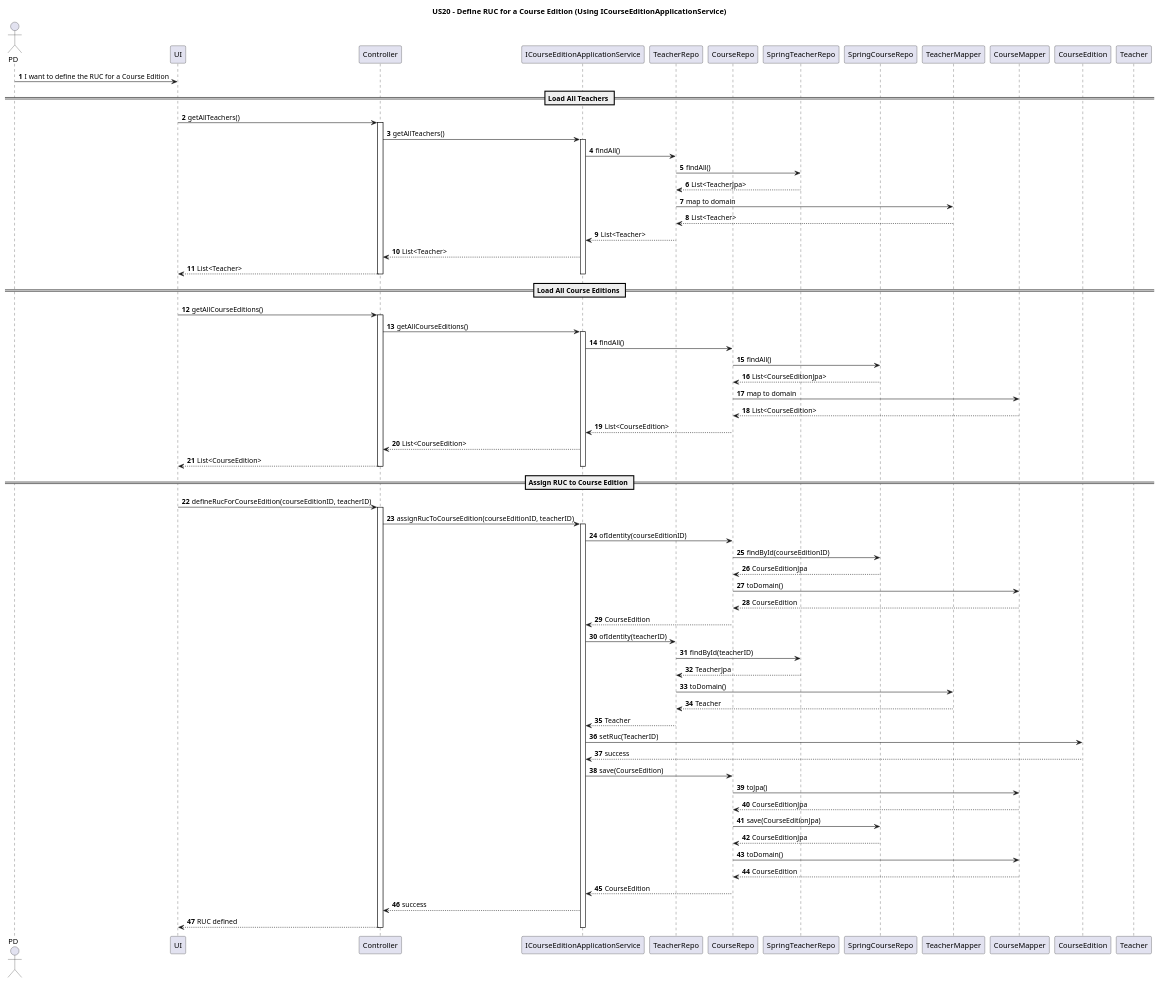
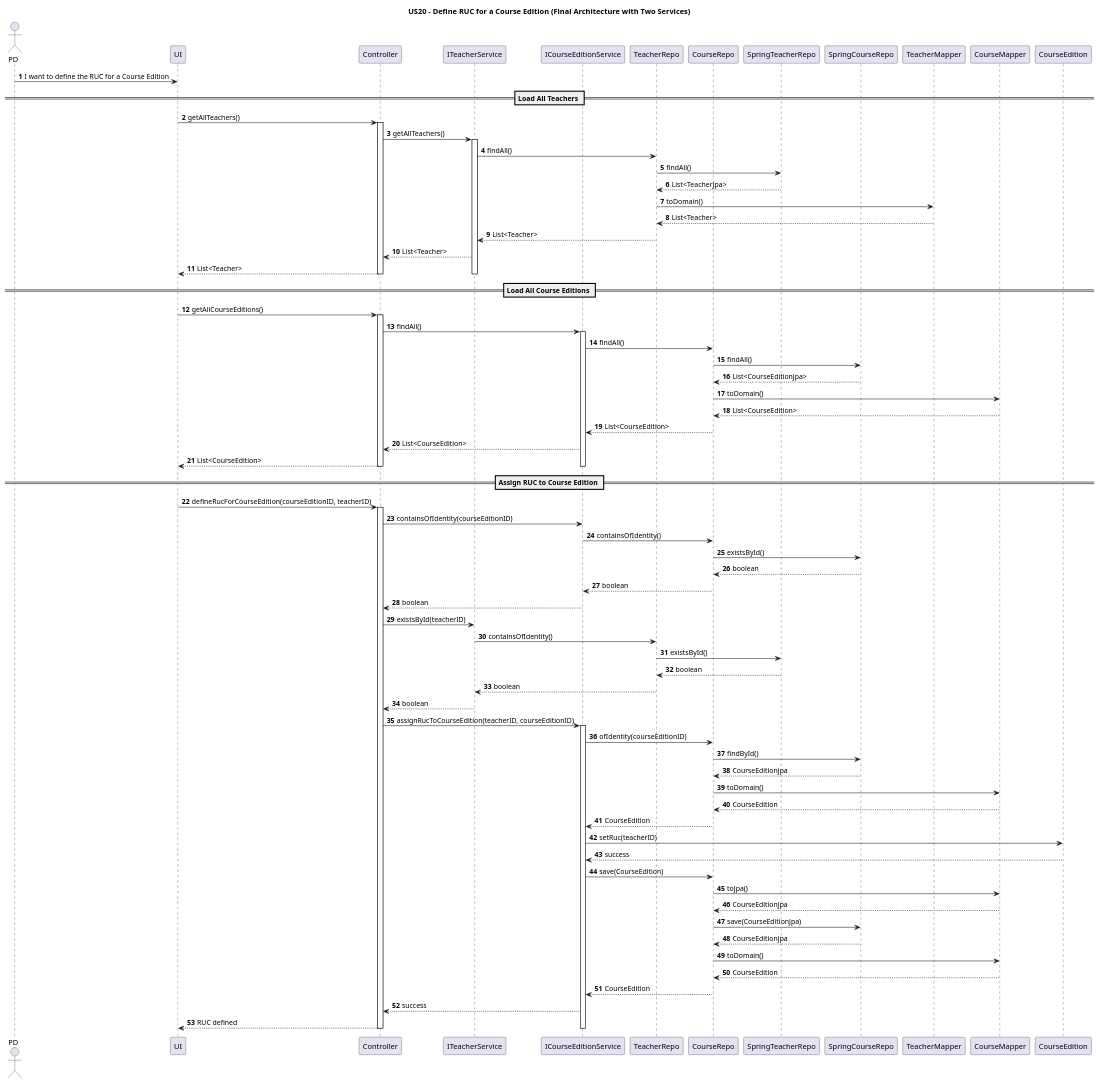
The diagram in docs/US20/US20_DefineRucForCourseEdition_SequenceDiagram_SpringDataJPA.puml (GasparISEP/DevOps-PAI), drawn with PlantUML before and after one commit. The commit also changed 1 other file, not shown here.

```diff
--- a/docs/US20/US20_DefineRucForCourseEdition_SequenceDiagram_SpringDataJPA.puml
+++ b/docs/US20/US20_DefineRucForCourseEdition_SequenceDiagram_SpringDataJPA.puml
@@ -1,90 +1,97 @@
 @startuml
 
 autonumber
 
-title US20 - Define RUC for a Course Edition (Using ICourseEditionApplicationService)
+title US20 - Define RUC for a Course Edition (Final Architecture with Two Services)
 
 actor PD
 participant UI
 participant Controller
-participant ICourseEditionApplicationService as Service
+participant ITeacherService as TeacherService
+participant ICourseEditionService as CourseService
 participant TeacherRepo
 participant CourseRepo
 participant SpringTeacherRepo
 participant SpringCourseRepo
 participant TeacherMapper
 participant CourseMapper
 participant CourseEdition
-participant Teacher
 
 PD -> UI : I want to define the RUC for a Course Edition
 
 == Load All Teachers ==
 UI -> Controller : getAllTeachers()
 activate Controller
-Controller -> Service : getAllTeachers()
-activate Service
-Service -> TeacherRepo : findAll()
+Controller -> TeacherService : getAllTeachers()
+activate TeacherService
+TeacherService -> TeacherRepo : findAll()
 TeacherRepo -> SpringTeacherRepo : findAll()
 SpringTeacherRepo --> TeacherRepo : List<TeacherJpa>
-TeacherRepo -> TeacherMapper : map to domain
+TeacherRepo -> TeacherMapper : toDomain()
 TeacherMapper --> TeacherRepo : List<Teacher>
-TeacherRepo --> Service : List<Teacher>
-Service --> Controller : List<Teacher>
+TeacherRepo --> TeacherService : List<Teacher>
+TeacherService --> Controller : List<Teacher>
 Controller --> UI : List<Teacher>
-deactivate Service
+deactivate TeacherService
 deactivate Controller
 
 == Load All Course Editions ==
 UI -> Controller : getAllCourseEditions()
 activate Controller
-Controller -> Service : getAllCourseEditions()
-activate Service
-Service -> CourseRepo : findAll()
+Controller -> CourseService : findAll()
+activate CourseService
+CourseService -> CourseRepo : findAll()
 CourseRepo -> SpringCourseRepo : findAll()
 SpringCourseRepo --> CourseRepo : List<CourseEditionJpa>
-CourseRepo -> CourseMapper : map to domain
+CourseRepo -> CourseMapper : toDomain()
 CourseMapper --> CourseRepo : List<CourseEdition>
-CourseRepo --> Service : List<CourseEdition>
-Service --> Controller : List<CourseEdition>
+CourseRepo --> CourseService : List<CourseEdition>
+CourseService --> Controller : List<CourseEdition>
 Controller --> UI : List<CourseEdition>
-deactivate Service
+deactivate CourseService
 deactivate Controller
 
 == Assign RUC to Course Edition ==
 UI -> Controller : defineRucForCourseEdition(courseEditionID, teacherID)
 activate Controller
-Controller -> Service : assignRucToCourseEdition(courseEditionID, teacherID)
-activate Service
+Controller -> CourseService : containsOfIdentity(courseEditionID)
+CourseService -> CourseRepo : containsOfIdentity()
+CourseRepo -> SpringCourseRepo : existsById()
+SpringCourseRepo --> CourseRepo : boolean
+CourseRepo --> CourseService : boolean
+CourseService --> Controller : boolean
 
-Service -> CourseRepo : ofIdentity(courseEditionID)
-CourseRepo -> SpringCourseRepo : findById(courseEditionID)
+Controller -> TeacherService : existsById(teacherID)
+TeacherService -> TeacherRepo : containsOfIdentity()
+TeacherRepo -> SpringTeacherRepo : existsById()
+SpringTeacherRepo --> TeacherRepo : boolean
+TeacherRepo --> TeacherService : boolean
+TeacherService --> Controller : boolean
+
+Controller -> CourseService : assignRucToCourseEdition(teacherID, courseEditionID)
+activate CourseService
+CourseService -> CourseRepo : ofIdentity(courseEditionID)
+CourseRepo -> SpringCourseRepo : findById()
 SpringCourseRepo --> CourseRepo : CourseEditionJpa
 CourseRepo -> CourseMapper : toDomain()
 CourseMapper --> CourseRepo : CourseEdition
-CourseRepo --> Service : CourseEdition
+CourseRepo --> CourseService : CourseEdition
 
-Service -> TeacherRepo : ofIdentity(teacherID)
-TeacherRepo -> SpringTeacherRepo : findById(teacherID)
-SpringTeacherRepo --> TeacherRepo : TeacherJpa
-TeacherRepo -> TeacherMapper : toDomain()
-TeacherMapper --> TeacherRepo : Teacher
-TeacherRepo --> Service : Teacher
+CourseService -> CourseEdition : setRuc(teacherID)
+CourseEdition --> CourseService : success
 
-Service -> CourseEdition : setRuc(TeacherID)
-CourseEdition --> Service : success
-Service -> CourseRepo : save(CourseEdition)
+CourseService -> CourseRepo : save(CourseEdition)
 CourseRepo -> CourseMapper : toJpa()
 CourseMapper --> CourseRepo : CourseEditionJpa
 CourseRepo -> SpringCourseRepo : save(CourseEditionJpa)
 SpringCourseRepo --> CourseRepo : CourseEditionJpa
 CourseRepo -> CourseMapper : toDomain()
 CourseMapper --> CourseRepo : CourseEdition
-CourseRepo --> Service : CourseEdition
+CourseRepo --> CourseService : CourseEdition
 
-Service --> Controller : success
+CourseService --> Controller : success
 Controller --> UI : RUC defined
-deactivate Service
+deactivate CourseService
 deactivate Controller
 
 @enduml
```
